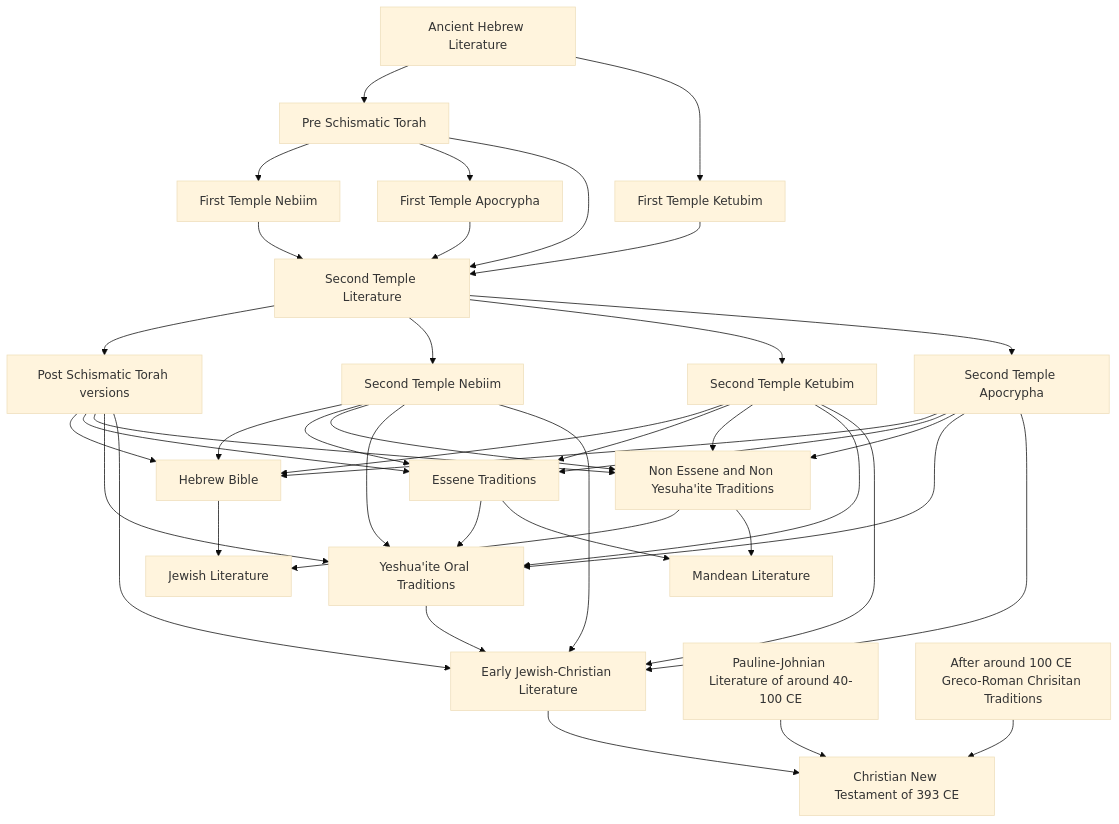
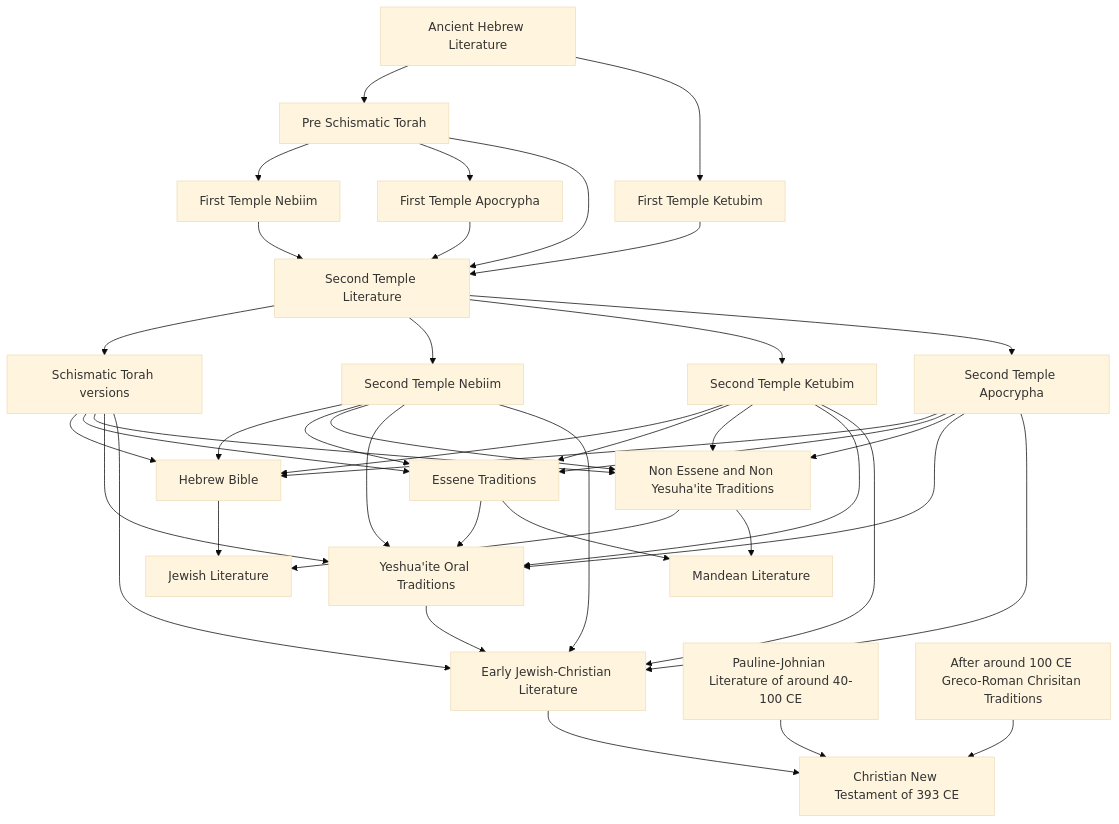
The diagram in judeo_christian_religious_literature.mermaid (bendqh1/mermaid), drawn with Mermaid (base theme) before and after one commit.

```diff
--- a/judeo_christian_religious_literature.mermaid
+++ b/judeo_christian_religious_literature.mermaid
@@ -1,25 +1,25 @@
 flowchart TD
     A1[Ancient Hebrew Literature]
     A1 --> A2[Pre Schismatic Torah]
     A2 --> A3[First Temple Nebiim] 
     A1 --> A4[First Temple Ketubim]
     A2 --> A5[First Temple Apocrypha]
     
     A2 & A3 & A4 & A5 --> B1[Second Temple Literature]
 
-    B1 --> B2[Post Schismatic Torah versions]
+    B1 --> B2[Schismatic Torah versions]
     B1 --> B3[Second Temple Nebiim]
     B1 --> B4[Second Temple Ketubim]
     B1 --> B5[Second Temple Apocrypha]
 
     B2 & B3 & B4 & B5 --> C1[Hebrew Bible]
     B2 & B3 & B4 & B5 --> C2[Essene Traditions]
     B2 & B3 & B4 & B5 --> C3[Non Essene and Non Yesuha'ite Traditions]
     B2 & B3 & B4 & B5 & C2 --> C4[Yeshua'ite Oral Traditions]
 
     C1 & C3 --> D1[Jewish Literature]
     C2 & C3 --> D2[Mandean Literature]
     B2 & B3 & B4 & B5 & C4 --> D3[Early Jewish-Christian Literature]
     D4[Pauline-Johnian Literature of around 40-100 CE]
     D5[After around 100 CE Greco-Roman Chrisitan Traditions]
     D3 & D4 & D5 --> E1[Christian New Testament of 393 CE]
```
